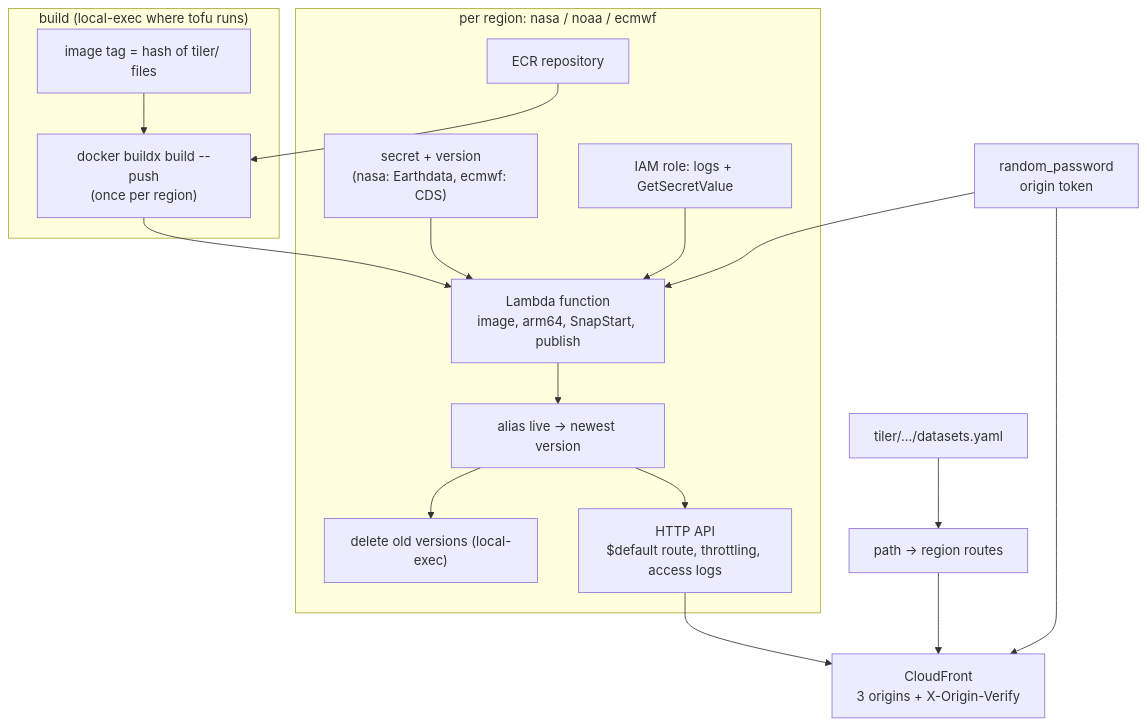
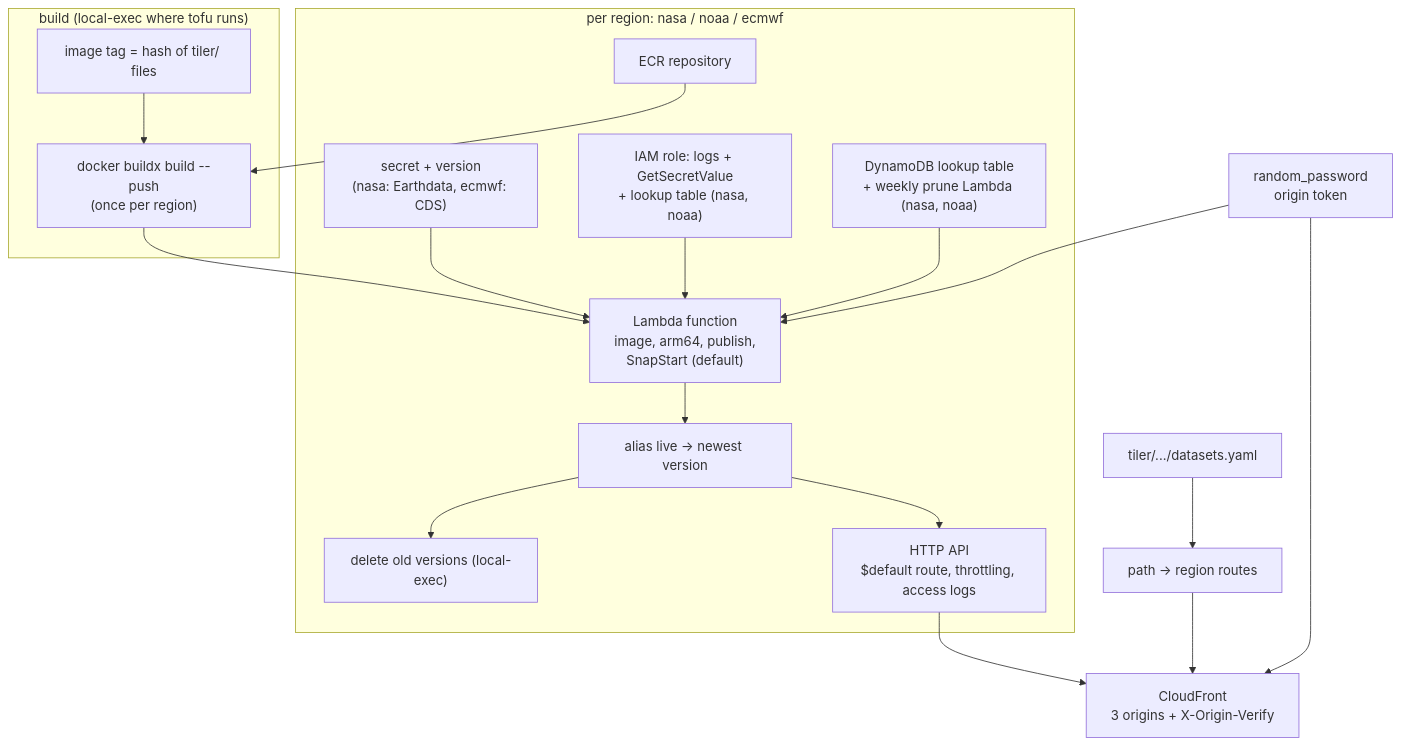
Before and after one commit to YCGS-lab/multi-resolution-new-haven: the diagram in docs/tiler/infrastructure.md, drawn with Mermaid. The commit also changed other lines of this file and 12 other files, not shown here.

First line of the commit message:
Docs (tiler): version pruning, SnapStart, lookup cache, guard, VIIRS LST

````diff
--- a/docs/tiler/infrastructure.md
+++ b/docs/tiler/infrastructure.md
@@ -20,20 +21,21 @@
 ```mermaid
 flowchart TD
   subgraph build["build (local-exec where tofu runs)"]
     hash["image tag = hash of tiler/ files"] --> push["docker buildx build --push<br/>(once per region)"]
   end
   subgraph region["per region: nasa / noaa / ecmwf"]
     ecr["ECR repository"] --> push
-    push --> fn["Lambda function<br/>image, arm64, SnapStart, publish"]
+    push --> fn["Lambda function<br/>image, arm64, publish,<br/>SnapStart (default)"]
     sec["secret + version<br/>(nasa: Earthdata, ecmwf: CDS)"] --> fn
-    role["IAM role: logs + GetSecretValue"] --> fn
+    role["IAM role: logs + GetSecretValue<br/>+ lookup table (nasa, noaa)"] --> fn
+    ddb["DynamoDB lookup table<br/>+ weekly prune Lambda (nasa, noaa)"] --> fn
     fn --> alias["alias live → newest version"]
     alias --> prune["delete old versions (local-exec)"]
     alias --> api["HTTP API<br/>$default route, throttling, access logs"]
   end
   catalog["tiler/.../datasets.yaml"] --> routes["path → region routes"]
   api --> cf["CloudFront<br/>3 origins + X-Origin-Verify"]
   routes --> cf
   token["random_password<br/>origin token"] --> cf
   token --> fn
 ```
````
